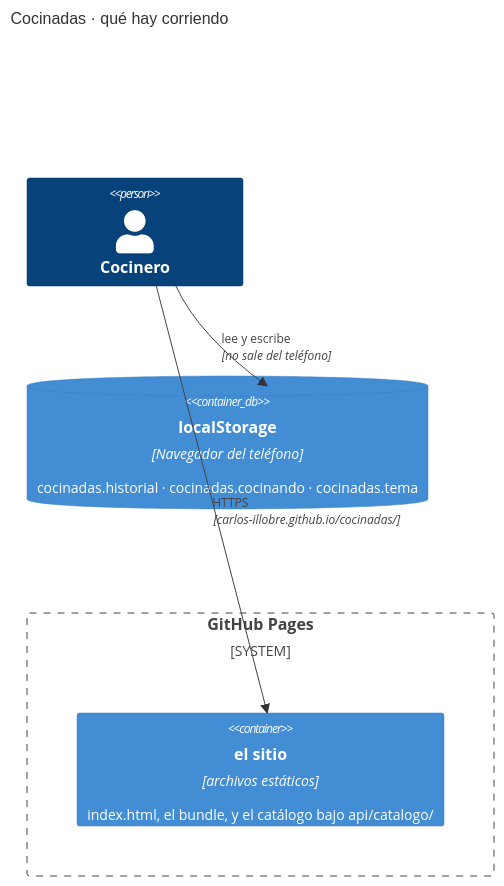
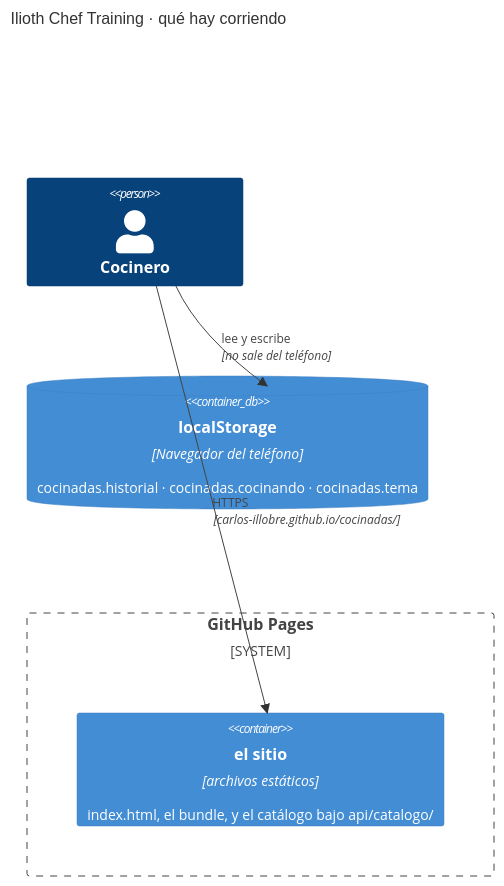
The second of 4 diagrams in docs/ARCHITECTURE.md (carlos-illobre/cocinadas), drawn with Mermaid before and after one commit. The commit also changed other lines of this file and 11 other files, not shown here.

First line of the commit message:
La app pasa a llamarse Ilioth Chef Training; el logotipo en Atkinson Hyperlegible

````diff
--- a/docs/ARCHITECTURE.md
+++ b/docs/ARCHITECTURE.md
@@ -65,11 +65,11 @@
 ```mermaid
 C4Container
-  title Cocinadas · qué hay corriendo
+  title Ilioth Chef Training · qué hay corriendo
   Person(cocinero, "Cocinero")
   System_Boundary(pages, "GitHub Pages") {
     Container(sitio, "el sitio", "archivos estáticos", "index.html, el bundle, y el catálogo bajo api/catalogo/")
   }
   ContainerDb(tel, "localStorage", "Navegador del teléfono", "cocinadas.historial · cocinadas.cocinando · cocinadas.tema")
   Rel(cocinero, sitio, "HTTPS", "carlos-illobre.github.io/cocinadas/")
   Rel(cocinero, tel, "lee y escribe", "no sale del teléfono")
 ```
````
